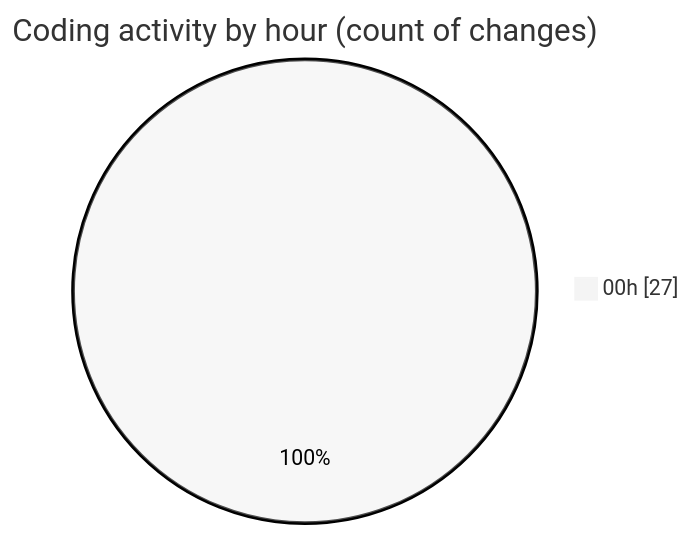
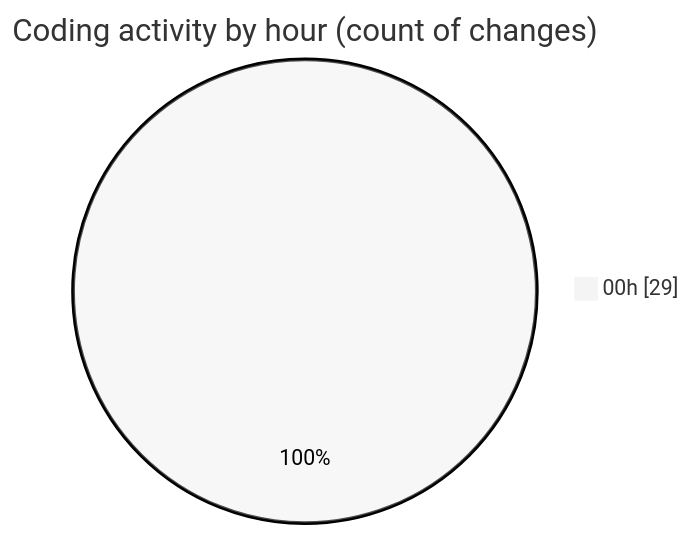
One commit to julien-gomy/code-tracking changed the second of 2 diagrams in 2025-10-28/usr_aleoudev_fr__workspace_/README.md. Above: the diagram before and after it, drawn with Mermaid (neutral theme). The commit also changed other lines of this file and 1 other file, not shown here.

````diff
--- a/2025-10-28/usr_aleoudev_fr__workspace_/README.md
+++ b/2025-10-28/usr_aleoudev_fr__workspace_/README.md
@@ -30,5 +30,5 @@
 ```mermaid
 pie showData
 title Coding activity by hour (count of changes)
-"00h" : 27
+"00h" : 29
 ```
````
